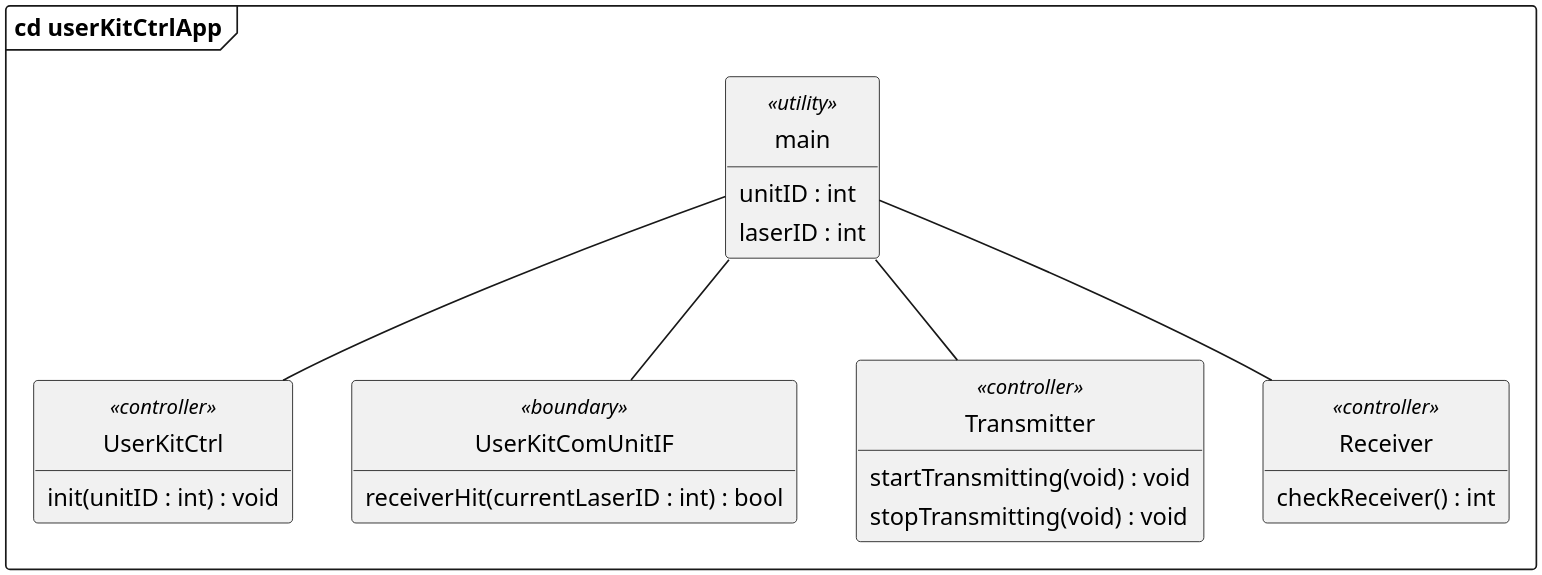
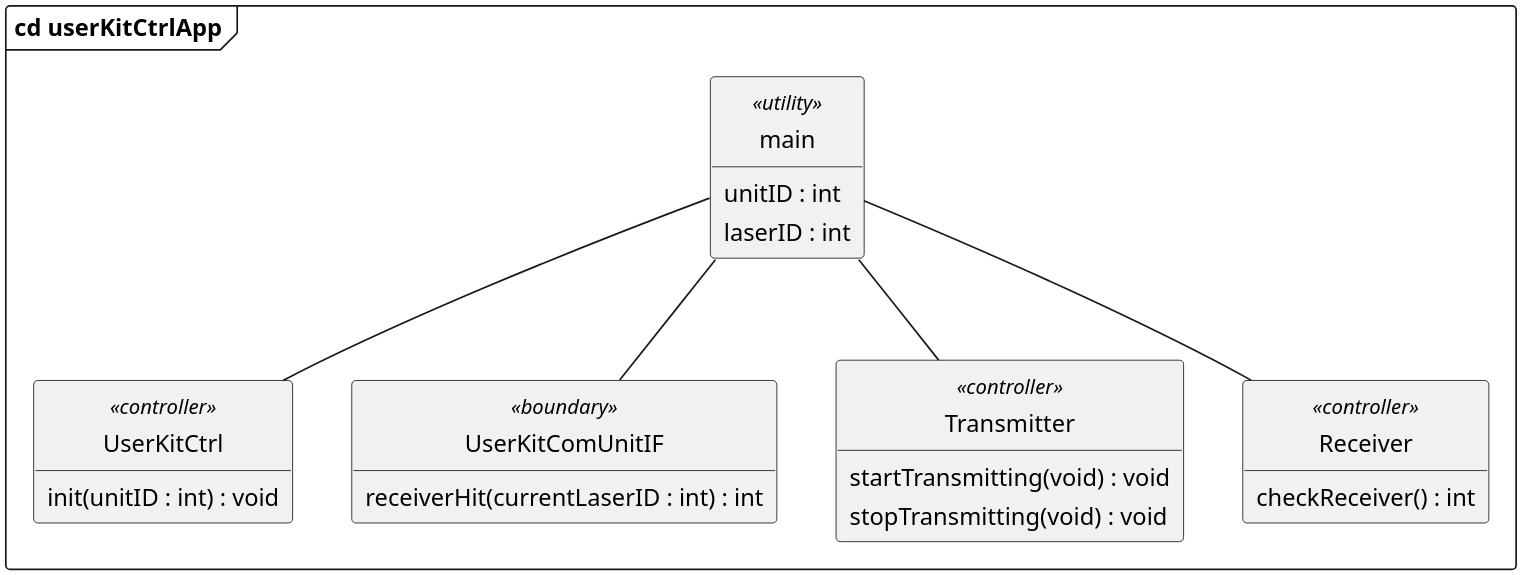
One commit to LasseKrarup/Laser-Tag-Project changed the diagram in PlantUML/src/userKitCtrlApp_cd.plantuml. Above: the diagram before and after it, drawn with PlantUML. The commit also changed 5 other files, not shown here.

```diff
--- a/PlantUML/src/userKitCtrlApp_cd.plantuml
+++ b/PlantUML/src/userKitCtrlApp_cd.plantuml
@@ -1,45 +1,45 @@
 @startuml userKitCtrlApp_cd
 
 skinparam {
     monochrome true
     dpi 300
     padding 2
     packageStyle rectangle
     packageStyle frame
     shadowing false
     classAttributeIconSize 0
 }
 hide circle
 hide empty members
 
 frame "cd userKitCtrlApp" {
 
     class main <<utility>> {
         unitID : int
         laserID : int
     }
 
     class UserKitCtrl <<controller>> {
         init(unitID : int) : void
     }
 
     class UserKitComUnitIF <<boundary>> {
-        receiverHit(currentLaserID : int) : bool
+        receiverHit(currentLaserID : int) : int
     }
 
     class Transmitter <<controller>> {
         startTransmitting(void) : void
         stopTransmitting(void) : void
     }
 
     class Receiver <<controller>> {
         checkReceiver() : int
     }
 }
 
 main -- UserKitCtrl
 main -- Transmitter
 main -- Receiver
 main -- UserKitComUnitIF
 
 @enduml
```
